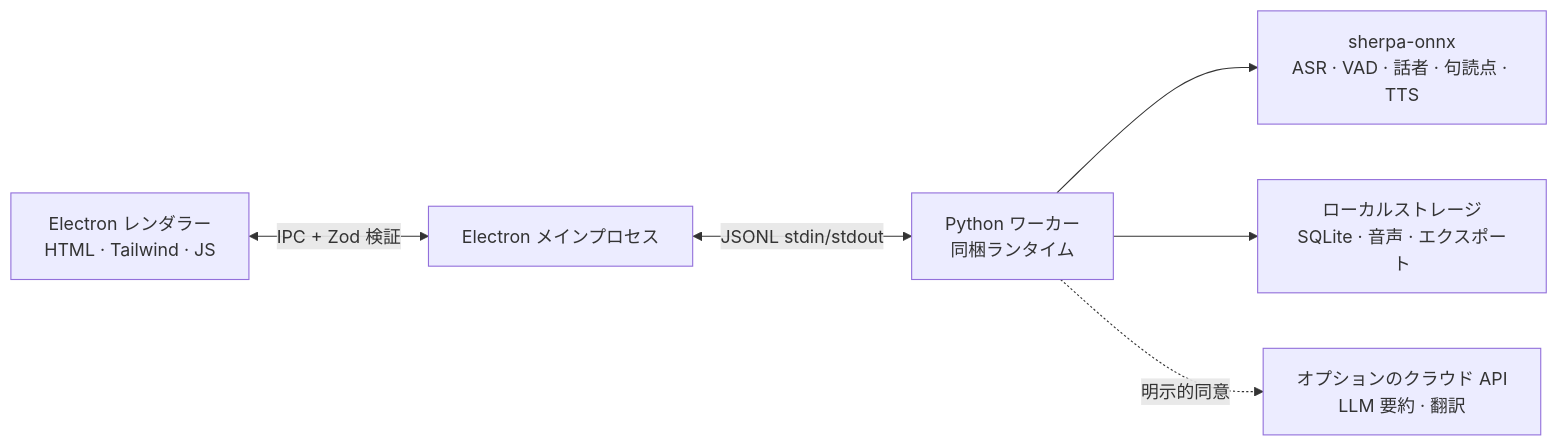
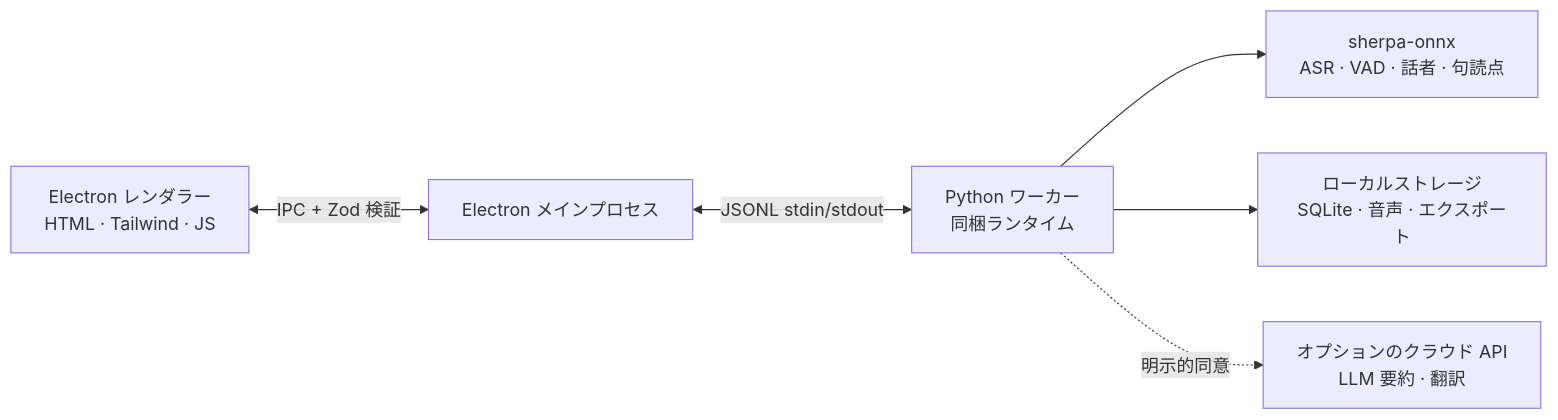
One commit to zerolovesea/Brevia changed the diagram in docs/README.ja.md. Above: the diagram before and after it, drawn with Mermaid. The commit also changed other lines of this file and 47 other files, not shown here.

````diff
--- a/docs/README.ja.md
+++ b/docs/README.ja.md
@@ -78,8 +77,8 @@
 ```mermaid
 flowchart LR
   A[Electron レンダラー<br/>HTML · Tailwind · JS] <-->|IPC + Zod 検証| B[Electron メインプロセス]
   B <-->|JSONL stdin/stdout| C[Python ワーカー<br/>同梱ランタイム]
-  C --> D[sherpa-onnx<br/>ASR · VAD · 話者 · 句読点 · TTS]
+  C --> D[sherpa-onnx<br/>ASR · VAD · 話者 · 句読点]
   C --> E[ローカルストレージ<br/>SQLite · 音声 · エクスポート]
   C -. 明示的同意 .-> F[オプションのクラウド API<br/>LLM 要約 · 翻訳]
 ```
````
